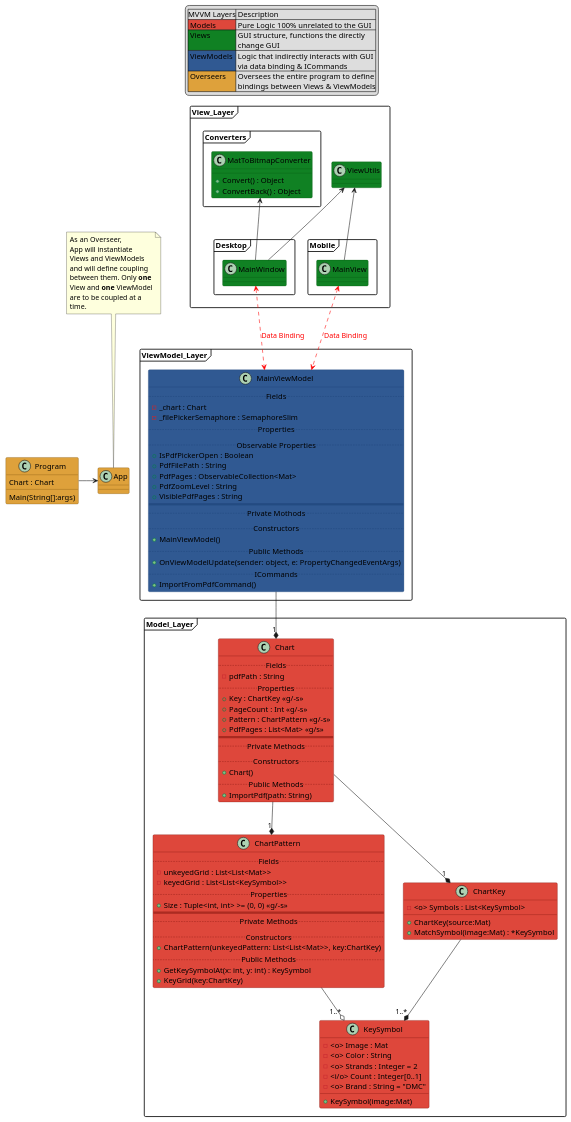
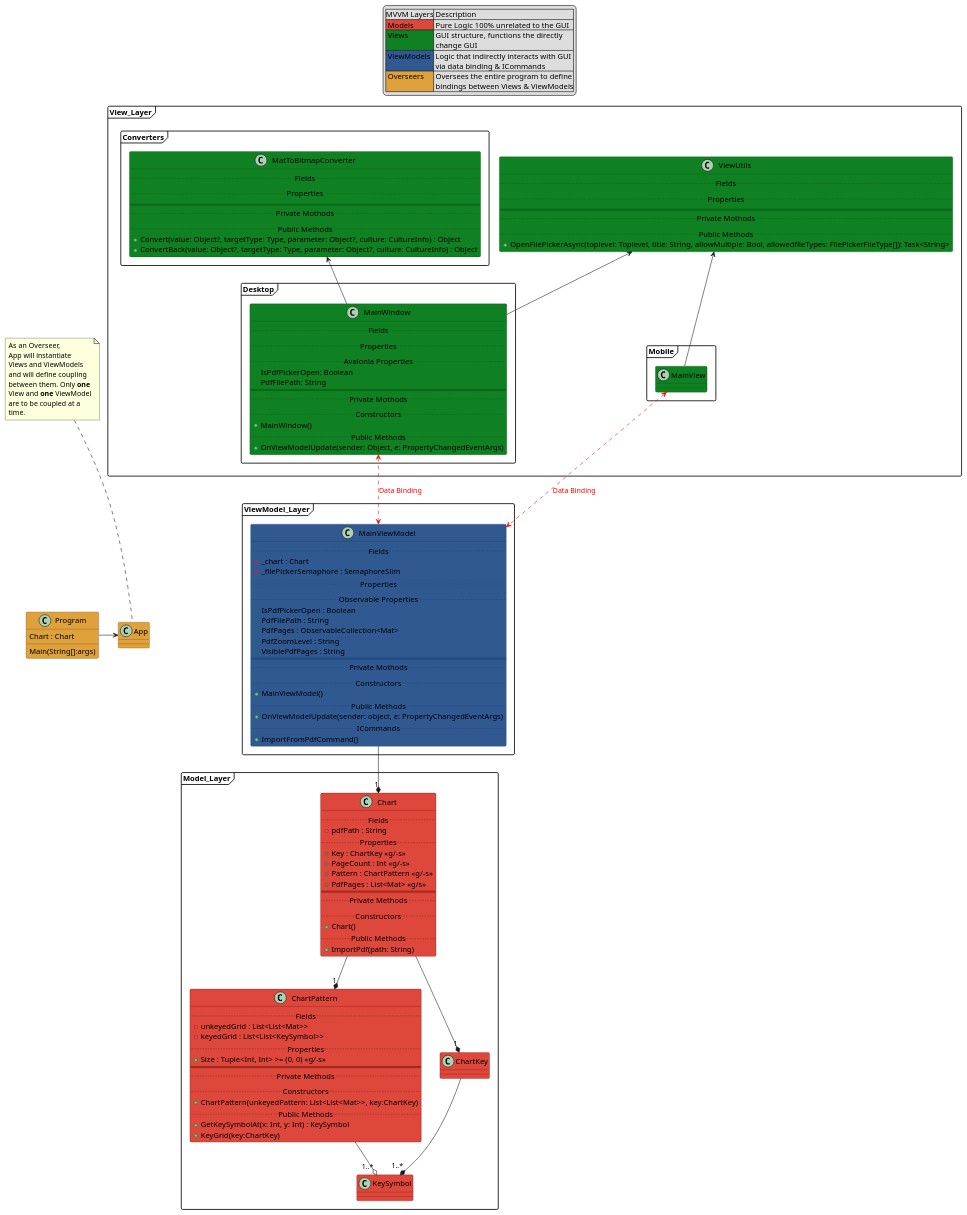
Before and after one commit to Badwolf369/Cross-Stitch-PDF-to-OXS-Converter: the diagram in doc/classes.md, drawn with PlantUML. The commit also changed 1 other file, not shown here.

```diff
--- a/doc/classes.md
+++ b/doc/classes.md
@@ -46,28 +46,17 @@
         -unkeyedGrid : List<List<Mat>>
         -keyedGrid : List<List<KeySymbol>>
         ..Properties..
-        +Size : Tuple<int, int> >= (0, 0) <<g/-s>>
+        +Size : Tuple<Int, Int> >= (0, 0) <<g/-s>>
         ====
         ..Private Methods..
         ..Constructors..
         +ChartPattern(unkeyedPattern: List<List<Mat>>, key:ChartKey)
         ..Public Methods..
-        +GetKeySymbolAt(x: int, y: int) : KeySymbol
+        +GetKeySymbolAt(x: Int, y: Int) : KeySymbol
         +KeyGrid(key:ChartKey)
     }
-    class ChartKey #DE473B;line:6B0800 {
-        -<o> Symbols : List<KeySymbol>
-        +ChartKey(source:Mat)
-        +MatchSymbol(image:Mat) : *KeySymbol
-    }
-    class KeySymbol #DE473B;line:6B0800 {
-        -<o> Image : Mat
-        -<o> Color : String
-        -<o> Strands : Integer = 2
-        -<i/o> Count : Integer[0..1]
-        -<o> Brand : String = "DMC"
-        +KeySymbol(image:Mat)
-    }
+    class ChartKey #DE473B;line:6B0800 {}
+    class KeySymbol #DE473B;line:6B0800 {}
 }
 
 package ViewModel_Layer {
@@ -96,12 +85,36 @@
 package View_Layer {
     package Converters {
         class MatToBitmapConverter #108123;line:00510E {
-            +Convert() : Object
-            +ConvertBack() : Object
+            ..Fields..
+            ..Properties..
+            ====
+            ..Private Mothods..
+            ..Public Methods..
+            +Convert(value: Object?, targetType: Type, parameter: Object?, culture: CultureInfo) : Object
+            +ConvertBack(value: Object?, targetType: Type, parameter: Object?, culture: CultureInfo) : Object
         }
     }
-    class ViewUtils #108123;line:00510E {}
-    class Desktop.MainWindow #108123;line:00510E {}
+    class ViewUtils #108123;line:00510E {
+            ..Fields..
+            ..Properties..
+            ====
+            ..Private Mothods..
+            ..Public Methods..
+            +OpenFilePickerAsync(toplevel: Toplevel, title: String, allowMultiple: Bool, allowedfileTypes: FilePickerFileType[]): Task<String>
+    }
+    class Desktop.MainWindow #108123;line:00510E {
+            ..Fields..
+            ..Properties..
+            ..Avalonia Properties..
+            +IsPdfPickerOpen: Boolean
+            +PdfFilePath: String
+            ====
+            ..Private Mothods..
+            ..Constructors..
+            +MainWindow()
+            ..Public Methods..
+            +OnViewModelUpdate(sender: Object, e: PropertyChangedEventArgs)
+    }
     class Mobile.MainView #108123;line:00510E {}
 }
 
```
